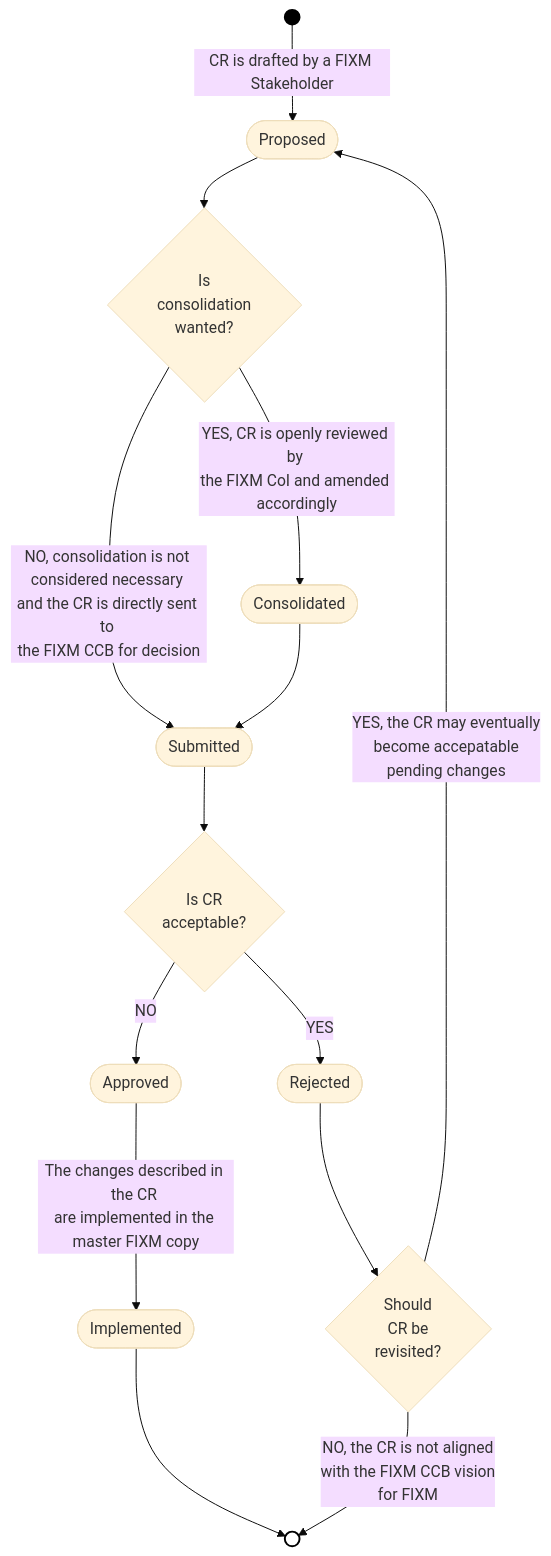
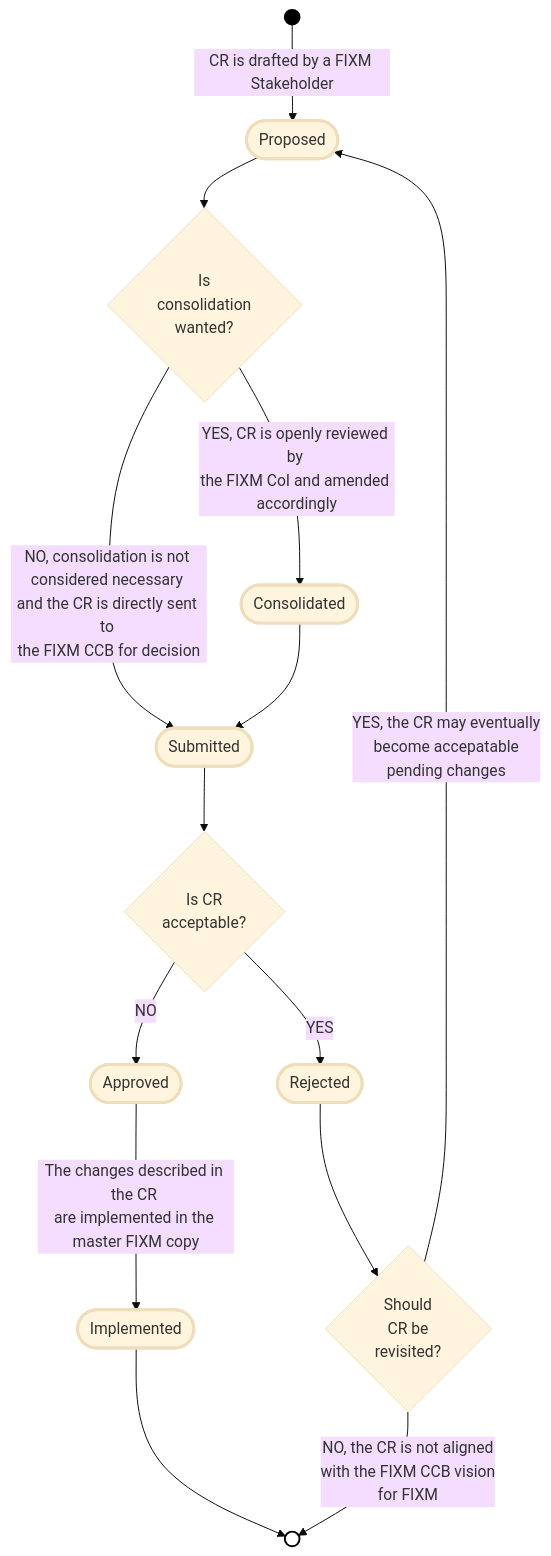
Before and after one commit to du-lapin/test_docsify: the second of 2 diagrams in docs/fixm/charter.md, drawn with Mermaid (base theme). The commit also changed other lines of this file, not shown here.

````diff
--- a/docs/fixm/charter.md
+++ b/docs/fixm/charter.md
@@ -298,31 +196,37 @@
 ```mermaid
 graph TD
 INITIAL_STATE(( ))
 END_STATE(( ))
 PROPOSED([Proposed])
 CONSOLIDATED([Consolidated])
 SUBMITTED([Submitted])
 REJECTED([Rejected])
 APPROVED([Approved])
 IMPLEMENTED([Implemented])
 is_consolidation_wanted{Is<br>consolidation<br>wanted?}
 is_CR_acceptable{Is CR<br>acceptable?}
 should_CR_be_revisited{Should<br>CR be<br>revisited?}
 
 INITIAL_STATE --> |CR is drafted by a FIXM Stakeholder| PROPOSED
 PROPOSED --> is_consolidation_wanted
 is_consolidation_wanted --> |NO, consolidation is not considered necessary <br>and the CR is directly sent to <br>the FIXM CCB for decision| SUBMITTED
 is_consolidation_wanted --> |YES, CR is openly reviewed by <br>the FIXM CoI and amended accordingly| CONSOLIDATED
 CONSOLIDATED --> | | SUBMITTED
 SUBMITTED --> | | is_CR_acceptable
 is_CR_acceptable --> |YES| REJECTED
 is_CR_acceptable --> |NO| APPROVED
 APPROVED --> |The changes described in the CR <br>are implemented in the master FIXM copy| IMPLEMENTED
 IMPLEMENTED --> END_STATE
 REJECTED --> should_CR_be_revisited
 should_CR_be_revisited --> |YES, the CR may eventually <br>become accepatable <br>pending changes| PROPOSED
 should_CR_be_revisited --> |NO, the CR is not aligned <br>with the FIXM CCB vision <br>for FIXM| END_STATE
 
 style INITIAL_STATE fill:black,stroke:black,stroke-width:2px
 style END_STATE fill:white,stroke:black,stroke-width:2px
+style PROPOSED stroke-width:3px
+style CONSOLIDATED stroke-width:3px
+style SUBMITTED stroke-width:3px
+style REJECTED stroke-width:3px
+style APPROVED stroke-width:3px
+style IMPLEMENTED stroke-width:3px
 ```
````
